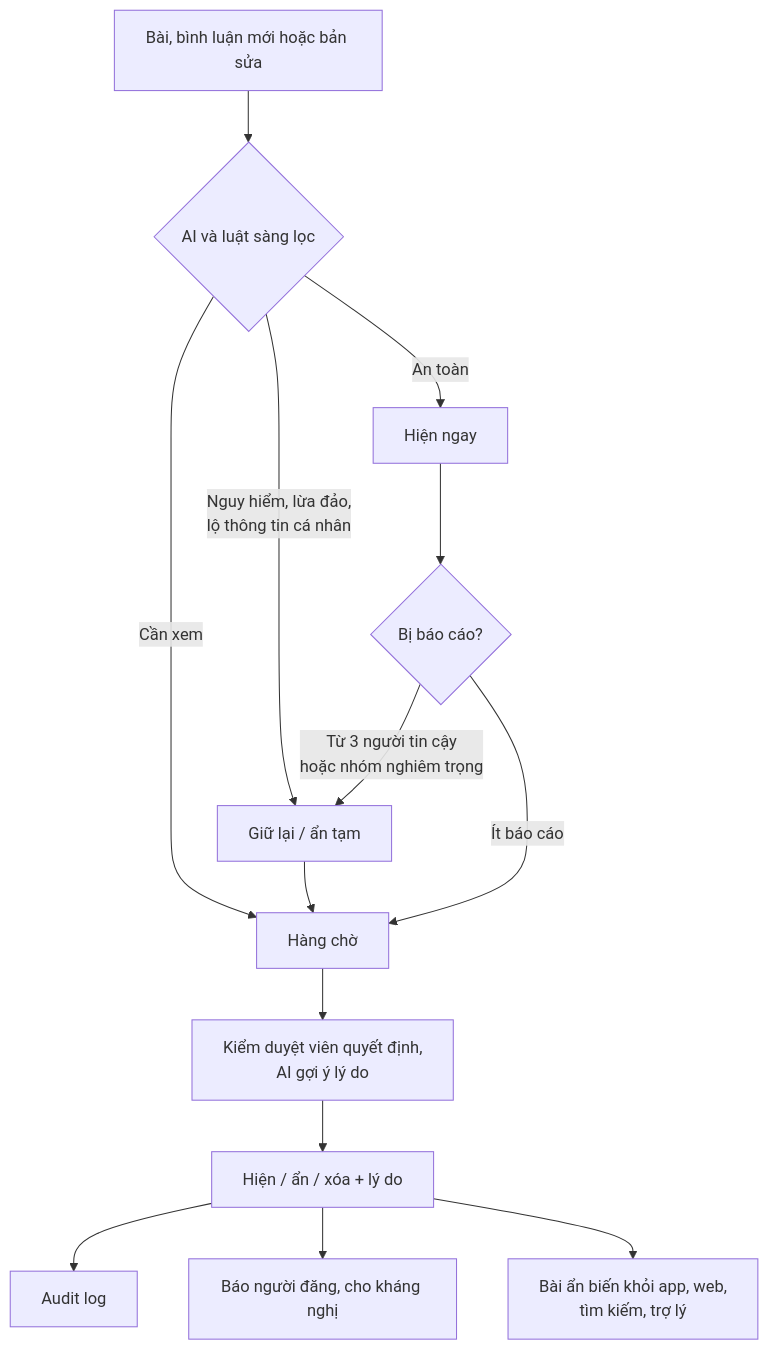
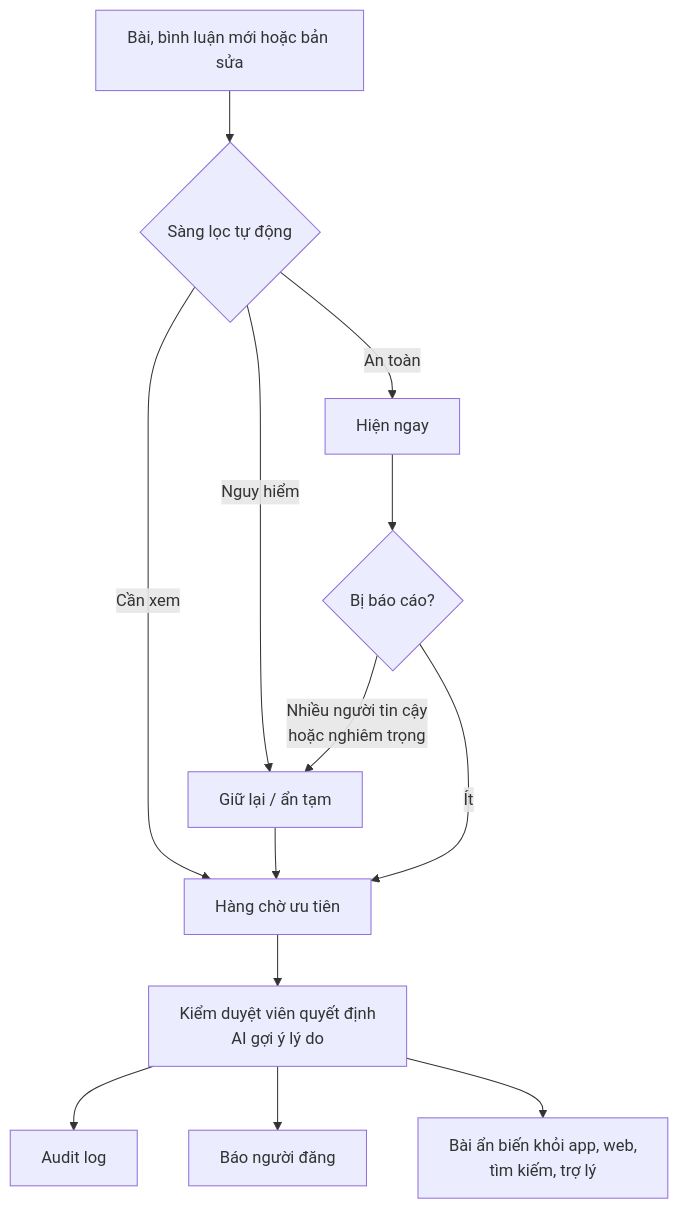
Before and after one commit to lengqbaorr/OTA_research: the fifth of 5 diagrams in docs/03-y-tuong-trien-khai.md, drawn with Mermaid. The commit also changed other lines of this file and 3 other files, not shown here.

````diff
--- a/docs/03-y-tuong-trien-khai.md
+++ b/docs/03-y-tuong-trien-khai.md
@@ -389,15 +366,14 @@
 ```mermaid
 flowchart TD
-    NEW["Bài, bình luận mới hoặc bản sửa"] --> AI{"AI và luật sàng lọc"}
+    NEW["Bài, bình luận mới hoặc bản sửa"] --> AI{"Sàng lọc tự động"}
     AI -->|"An toàn"| SHOW["Hiện ngay"]
-    AI -->|"Cần xem"| Q["Hàng chờ"]
-    AI -->|"Nguy hiểm, lừa đảo,<br/>lộ thông tin cá nhân"| HIDE["Giữ lại / ẩn tạm"] --> Q
+    AI -->|"Cần xem"| Q["Hàng chờ ưu tiên"]
+    AI -->|"Nguy hiểm"| HIDE["Giữ lại / ẩn tạm"] --> Q
     SHOW --> REP{"Bị báo cáo?"}
-    REP -->|"Từ 3 người tin cậy<br/>hoặc nhóm nghiêm trọng"| HIDE
-    REP -->|"Ít báo cáo"| Q
-    Q --> MODR["Kiểm duyệt viên quyết định,<br/>AI gợi ý lý do"]
-    MODR --> ACT["Hiện / ẩn / xóa + lý do"]
-    ACT --> LOG["Audit log"]
-    ACT --> NOTI["Báo người đăng, cho kháng nghị"]
-    ACT --> SYNC["Bài ẩn biến khỏi app, web,<br/>tìm kiếm, trợ lý"]
+    REP -->|"Nhiều người tin cậy<br/>hoặc nghiêm trọng"| HIDE
+    REP -->|"Ít"| Q
+    Q --> MOD["Kiểm duyệt viên quyết định<br/>AI gợi ý lý do"]
+    MOD --> LOG["Audit log"]
+    MOD --> NOTI["Báo người đăng"]
+    MOD --> SYNC["Bài ẩn biến khỏi app, web,<br/>tìm kiếm, trợ lý"]
 ```
````
